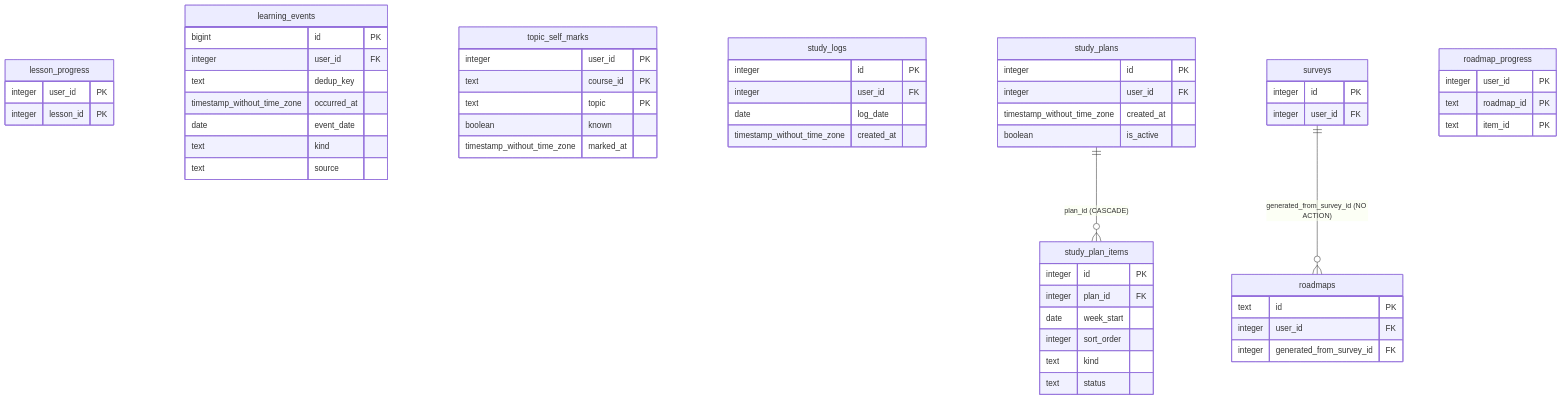
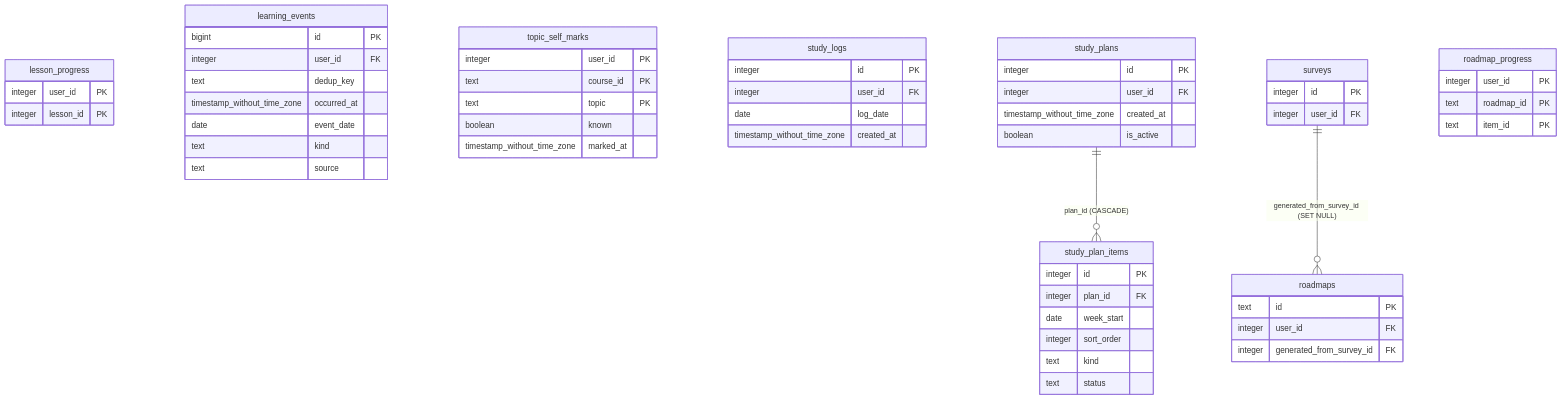
Before and after one commit to PCBoiz/PE_hsa: the fourth of 9 diagrams in docs/KIEN_TRUC/ERD.md, drawn with Mermaid. The commit also changed other lines of this file and 6 other files, not shown here.

````diff
--- a/docs/KIEN_TRUC/ERD.md
+++ b/docs/KIEN_TRUC/ERD.md
@@ -114,59 +123,59 @@
 ```mermaid
 erDiagram
   lesson_progress {
     integer user_id PK
     integer lesson_id PK
   }
   learning_events {
     bigint id PK
     integer user_id FK
     text dedup_key 
     timestamp_without_time_zone occurred_at 
     date event_date 
     text kind 
     text source 
   }
   topic_self_marks {
     integer user_id PK
     text course_id PK
     text topic PK
     boolean known 
     timestamp_without_time_zone marked_at 
   }
   study_logs {
     integer id PK
     integer user_id FK
     date log_date 
     timestamp_without_time_zone created_at 
   }
   study_plans {
     integer id PK
     integer user_id FK
     timestamp_without_time_zone created_at 
     boolean is_active 
   }
   study_plan_items {
     integer id PK
     integer plan_id FK
     date week_start 
     integer sort_order 
     text kind 
     text status 
   }
   surveys {
     integer id PK
     integer user_id FK
   }
   roadmaps {
     text id PK
     integer user_id FK
     integer generated_from_survey_id FK
   }
   roadmap_progress {
     integer user_id PK
     text roadmap_id PK
     text item_id PK
   }
-  surveys ||--o{ roadmaps : "generated_from_survey_id (NO ACTION)"
+  surveys ||--o{ roadmaps : "generated_from_survey_id (SET NULL)"
   study_plans ||--o{ study_plan_items : "plan_id (CASCADE)"
 ```
````
